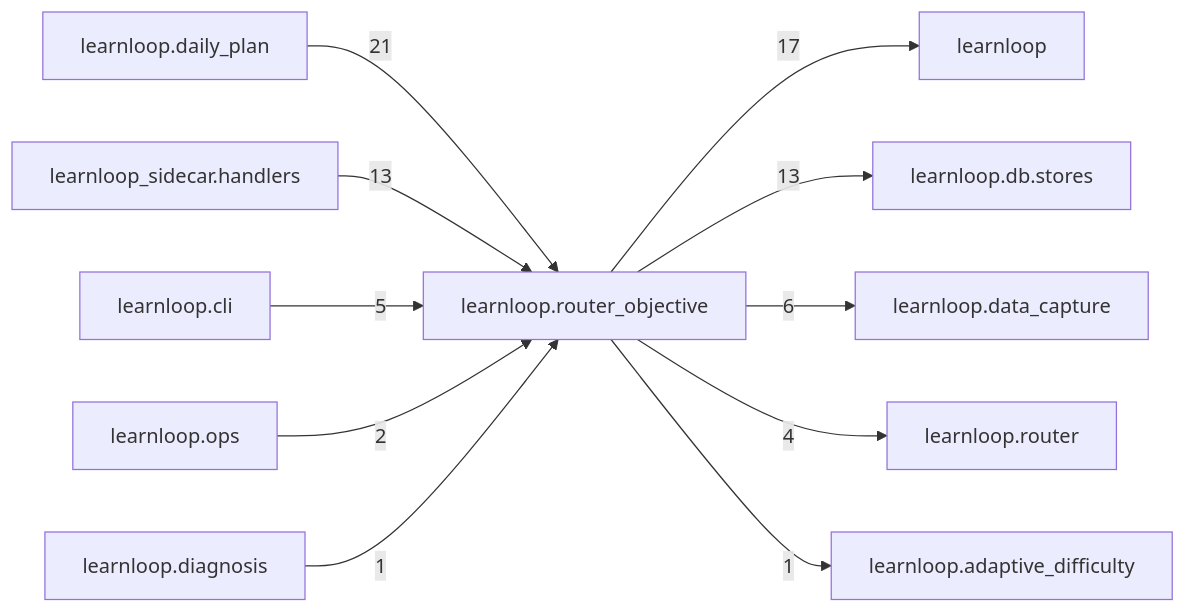
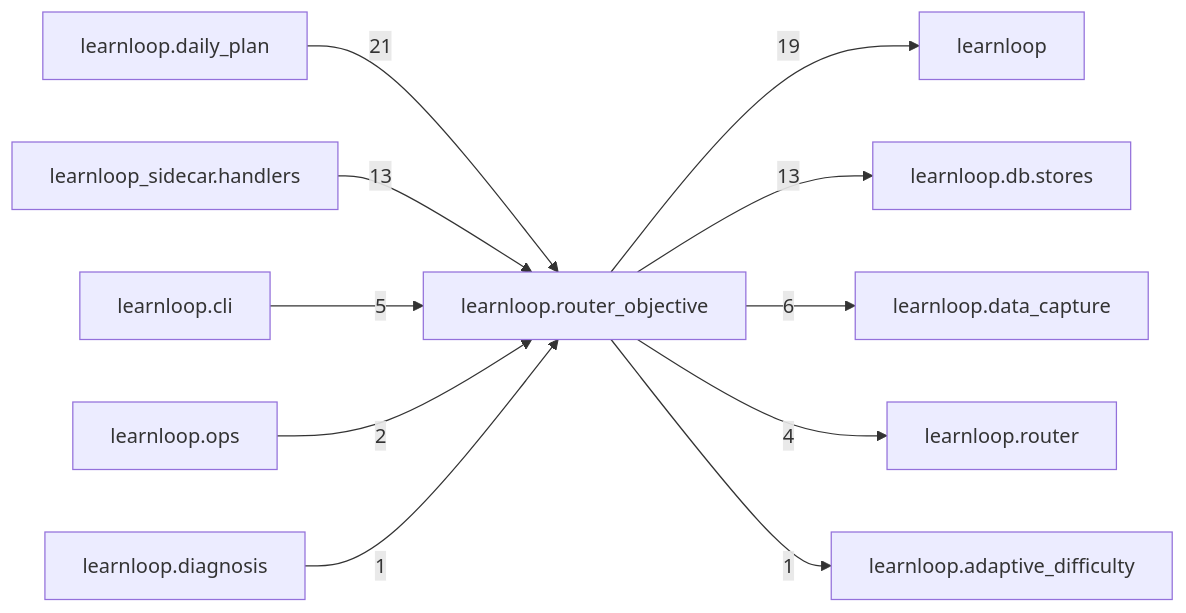
Before and after one commit to 6up-b/learnanything: the diagram in docs/learnloop-architecture-vault/Reference/Modules/learnloop/router_objective/_package.md, drawn with Mermaid. The commit also changed other lines of this file and 494 other files, not shown here.

````diff
--- a/docs/learnloop-architecture-vault/Reference/Modules/learnloop/router_objective/_package.md
+++ b/docs/learnloop-architecture-vault/Reference/Modules/learnloop/router_objective/_package.md
@@ -135,24 +135,24 @@
 ```mermaid
 flowchart LR
     center["learnloop.router_objective"]
     n_learnloop_daily_plan["learnloop.daily_plan"]
     n_learnloop["learnloop"]
     n_learnloop_db_stores["learnloop.db.stores"]
     n_learnloop_sidecar_handlers["learnloop_sidecar.handlers"]
     n_learnloop_data_capture["learnloop.data_capture"]
     n_learnloop_cli["learnloop.cli"]
     n_learnloop_router["learnloop.router"]
     n_learnloop_ops["learnloop.ops"]
     n_learnloop_adaptive_difficulty["learnloop.adaptive_difficulty"]
     n_learnloop_diagnosis["learnloop.diagnosis"]
     n_learnloop_daily_plan -->|21| center
-    center -->|17| n_learnloop
+    center -->|19| n_learnloop
     center -->|13| n_learnloop_db_stores
     n_learnloop_sidecar_handlers -->|13| center
     center -->|6| n_learnloop_data_capture
     n_learnloop_cli -->|5| center
     center -->|4| n_learnloop_router
     n_learnloop_ops -->|2| center
     center -->|1| n_learnloop_adaptive_difficulty
     n_learnloop_diagnosis -->|1| center
 ```
````
